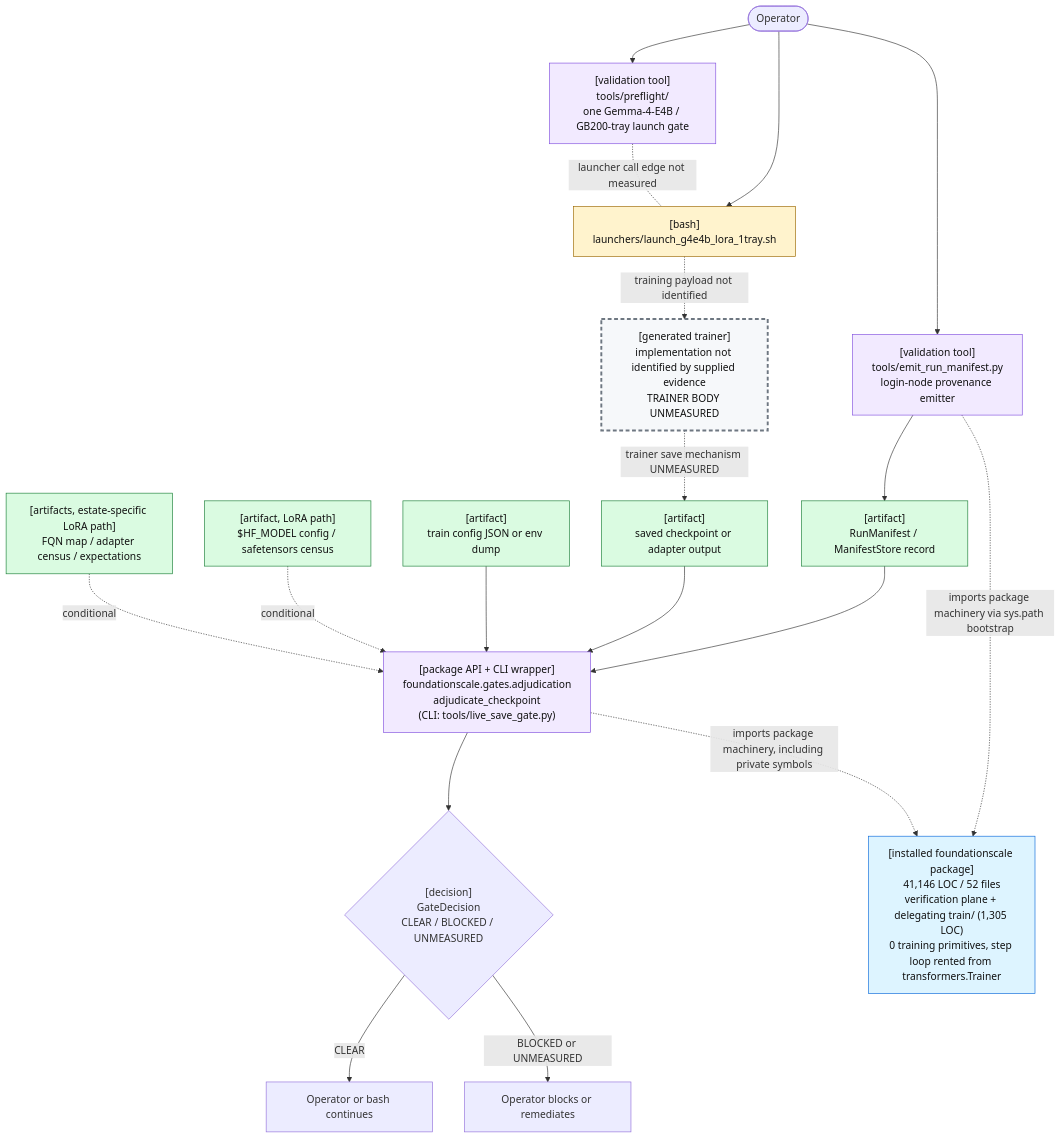
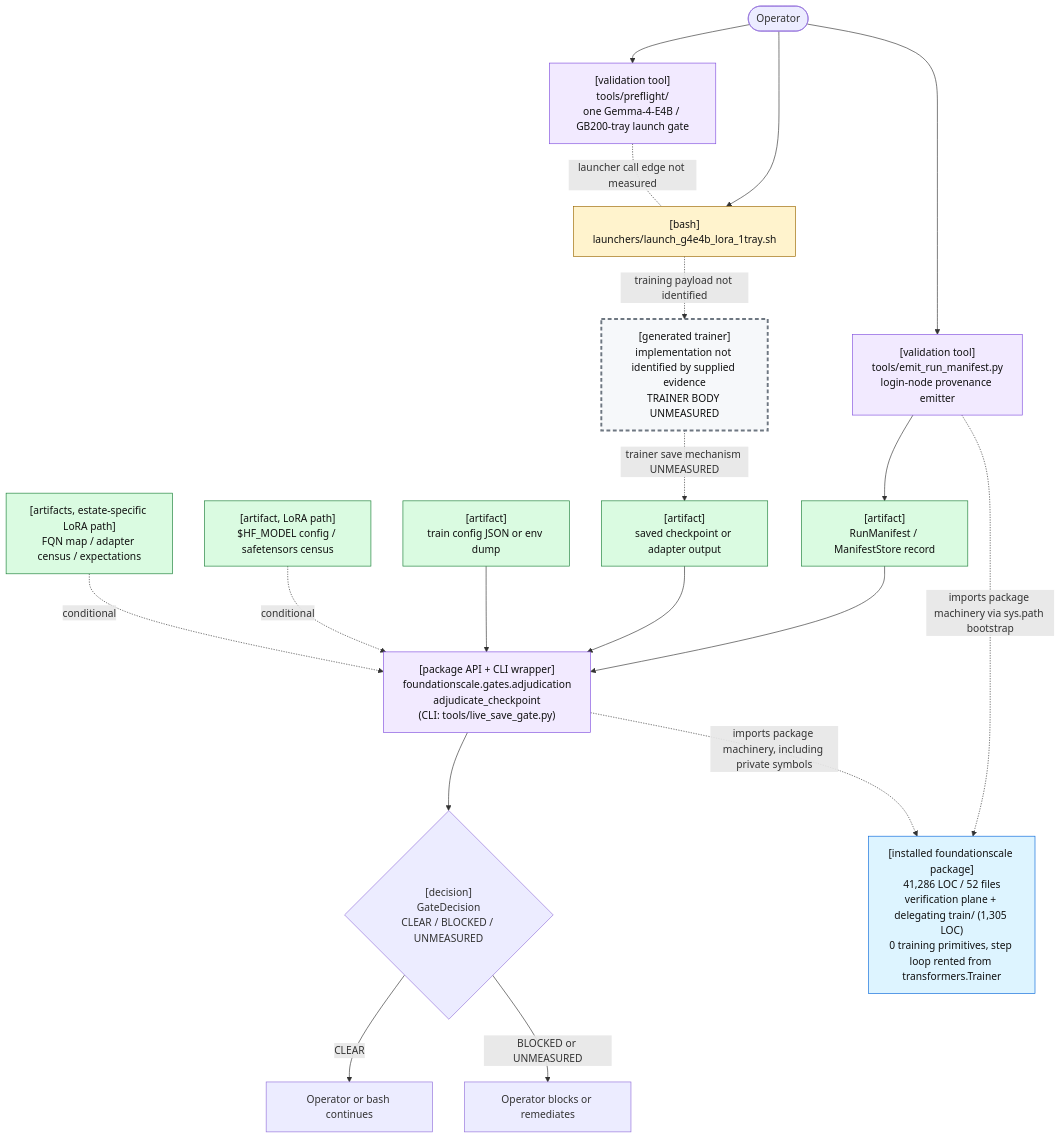
The first of 2 diagrams in docs/review/D2_current_architecture.md (TranNhiem/FoundationScale), drawn with Mermaid before and after one commit. The commit also changed other lines of this file and 14 other files, not shown here.

````diff
--- a/docs/review/D2_current_architecture.md
+++ b/docs/review/D2_current_architecture.md
@@ -25,59 +25,59 @@
 ```mermaid
 flowchart TB
   O(["Operator"])
 
   PF["[validation tool]<br/>tools/preflight/<br/>one Gemma-4-E4B / GB200-tray launch gate"]
   L["[bash]<br/>launchers/launch_g4e4b_lora_1tray.sh"]
 
   E["[validation tool]<br/>tools/emit_run_manifest.py<br/>login-node provenance emitter"]
   M["[artifact]<br/>RunManifest / ManifestStore record"]
 
   T["[generated trainer]<br/>implementation not identified by supplied evidence<br/>TRAINER BODY UNMEASURED"]
   C["[artifact]<br/>saved checkpoint or adapter output"]
 
   G["[package API + CLI wrapper]<br/>foundationscale.gates.adjudication<br/>adjudicate_checkpoint<br/>(CLI: tools/live_save_gate.py)"]
   CFG["[artifact]<br/>train config JSON or env dump"]
   BASE["[artifact, LoRA path]<br/>$HF_MODEL config / safetensors census"]
   CEN["[artifacts, estate-specific LoRA path]<br/>FQN map / adapter census / expectations"]
 
   D{"[decision]<br/>GateDecision<br/>CLEAR / BLOCKED / UNMEASURED"}
   OK["Operator or bash continues"]
   NO["Operator blocks or remediates"]
 
-  PKG["[installed foundationscale package]<br/>41,146 LOC / 52 files<br/>verification plane + delegating train/ (1,305 LOC)<br/>0 training primitives, step loop rented from transformers.Trainer"]
+  PKG["[installed foundationscale package]<br/>41,286 LOC / 52 files<br/>verification plane + delegating train/ (1,305 LOC)<br/>0 training primitives, step loop rented from transformers.Trainer"]
 
   O --> PF
   O --> L
   PF -. "launcher call edge not measured" .- L
 
   O --> E
   E --> M
 
   L -. "training payload not identified" .-> T
   T -. "trainer save mechanism UNMEASURED" .-> C
 
   M --> G
   C --> G
   CFG --> G
   BASE -. "conditional" .-> G
   CEN -. "conditional" .-> G
 
   E -. "imports package machinery via sys.path bootstrap" .-> PKG
   G -. "imports package machinery, including private symbols" .-> PKG
 
   G --> D
   D -->|"CLEAR"| OK
   D -->|"BLOCKED or UNMEASURED"| NO
 
   classDef bash fill:#fff3cd,stroke:#9a6700,color:#111;
   classDef tool fill:#f2eaff,stroke:#8250df,color:#111;
   classDef artifact fill:#dafbe1,stroke:#1a7f37,color:#111;
   classDef gap fill:#f6f8fa,stroke:#6e7781,stroke-width:3px,stroke-dasharray: 6 4,color:#111;
   classDef pkg fill:#ddf4ff,stroke:#0969da,color:#111;
 
   class L bash;
   class PF,E,G tool;
   class M,C,CFG,BASE,CEN artifact;
   class T gap;
   class PKG pkg;
 ```
````
